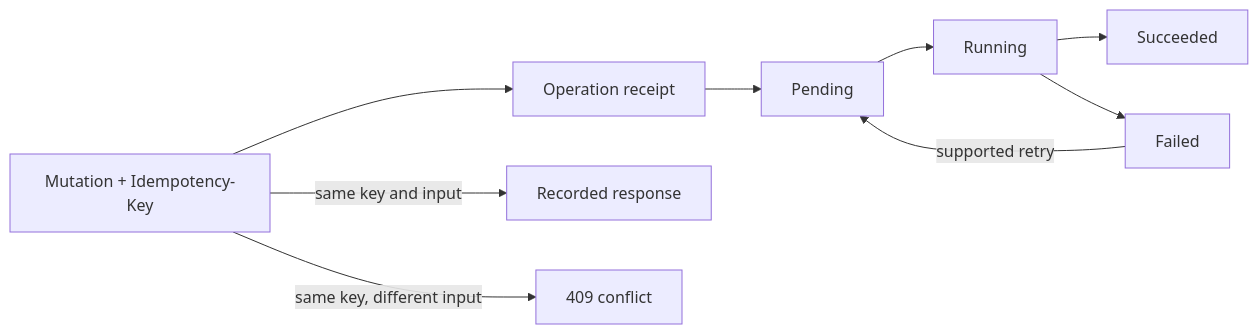
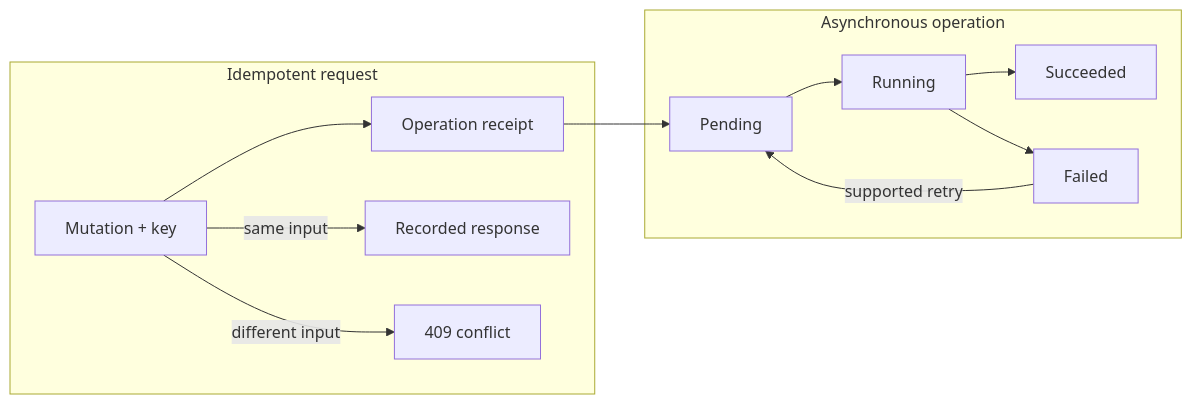
Before and after one commit to vaheed/CDNFoundry: the diagram in docs/concepts/revisions-and-operations.md, drawn with Mermaid. The commit also changed 24 other files, not shown here.

````diff
--- a/docs/concepts/revisions-and-operations.md
+++ b/docs/concepts/revisions-and-operations.md
@@ -14,11 +14,14 @@
 ```mermaid
 flowchart LR
-    Mutation["Mutation + Idempotency-Key"] --> Receipt["Operation receipt"]
-    Receipt --> Pending
-    Pending --> Running
-    Running --> Succeeded
-    Running --> Failed
-    Failed -->|"supported retry"| Pending
-    Mutation -->|"same key and input"| Replay["Recorded response"]
-    Mutation -->|"same key, different input"| Conflict["409 conflict"]
+    subgraph Request["Idempotent request"]
+      Mutation["Mutation + key"] --> Receipt["Operation receipt"]
+      Mutation -->|"same input"| Replay["Recorded response"]
+      Mutation -->|"different input"| Conflict["409 conflict"]
+    end
+    subgraph Lifecycle["Asynchronous operation"]
+      Receipt --> Pending --> Running
+      Running --> Succeeded
+      Running --> Failed
+      Failed -->|"supported retry"| Pending
+    end
 ```
````
